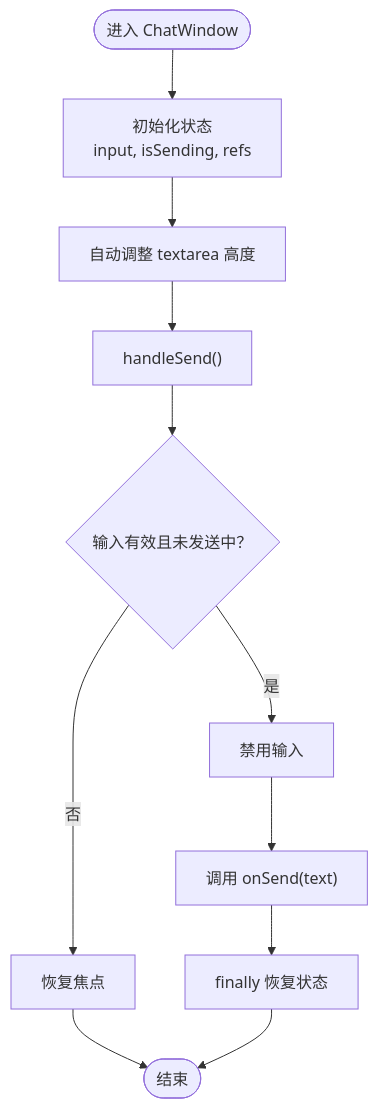
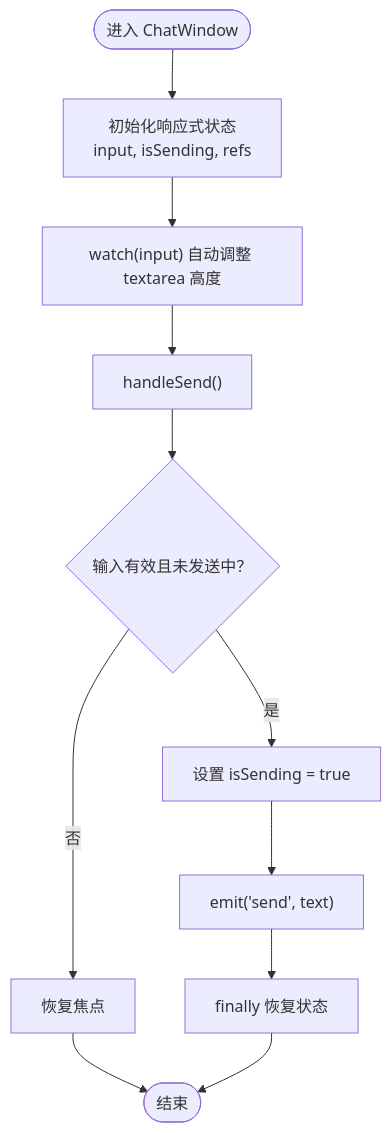
The fourth of 9 diagrams in .qoder/repowiki/zh/content/系统架构/渲染器进程架构.md (hallllla/QAQ-Agent), drawn with Mermaid before and after one commit. The commit also changed other lines of this file and 23 other files, not shown here.

````diff
--- a/.qoder/repowiki/zh/content/系统架构/渲染器进程架构.md
+++ b/.qoder/repowiki/zh/content/系统架构/渲染器进程架构.md
@@ -187,10 +204,10 @@
 ```mermaid
 flowchart TD
-Enter(["进入 ChatWindow"]) --> Init["初始化状态<br/>input, isSending, refs"]
-Init --> AutoHeight["自动调整 textarea 高度"]
+Enter(["进入 ChatWindow"]) --> Init["初始化响应式状态<br/>input, isSending, refs"]
+Init --> AutoHeight["watch(input) 自动调整 textarea 高度"]
 AutoHeight --> OnSend["handleSend()"]
 OnSend --> Validate{"输入有效且未发送中？"}
 Validate --> |否| Focus["恢复焦点"] --> End
-Validate --> |是| Disable["禁用输入"] --> CallParent["调用 onSend(text)"]
-CallParent --> Finally["finally 恢复状态"] --> End(["结束"])
+Validate --> |是| Disable["设置 isSending = true"] --> Emit["emit('send', text)"]
+Emit --> Finally["finally 恢复状态"] --> End(["结束"])
 ```
````
